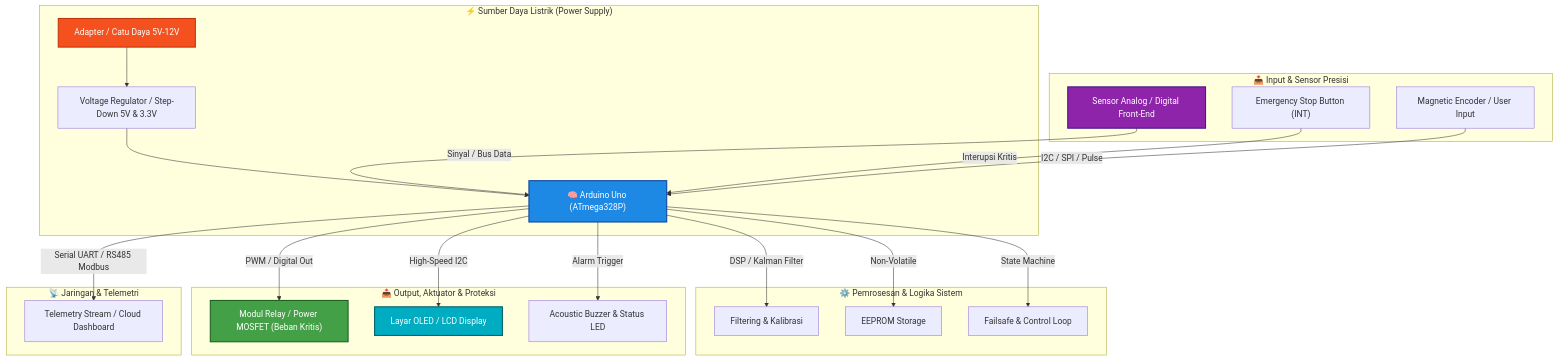
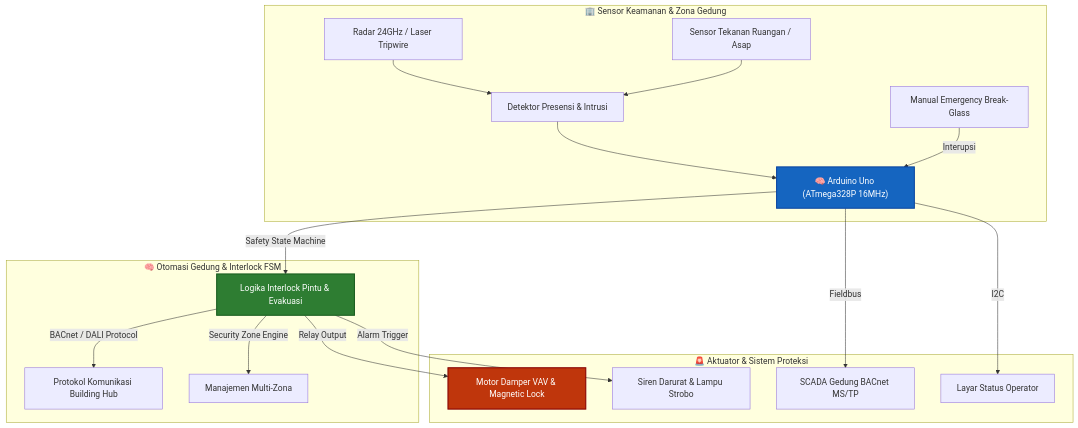
Before and after one commit to muhammadfikri-dev/arduino-uno-uhf-rfid-tollgate: the diagram in README.md, drawn with Mermaid. The commit also changed other lines of this file, not shown here.

Commit message:
docs: update unique domain-specific Mermaid architecture & tailored BOM for Smart Building & Security

````diff
--- a/README.md
+++ b/README.md
@@ -17,35 +17,26 @@
 ```mermaid
 graph TD
-    subgraph Power_Supply ["⚡ Sumber Daya Listrik (Power Supply)"]
-        PSU["Adapter / Catu Daya 5V-12V"] --> REG["Voltage Regulator / Step-Down 5V & 3.3V"]
-        REG --> MCU["🧠 Arduino Uno (ATmega328P)"]
+    subgraph Building_Field ["🏢 Sensor Keamanan & Zona Gedung"]
+        RADAR["Radar 24GHz / Laser Tripwire"] --> SENS_IN["Detektor Presensi & Intrusi"]
+        PRESSURE["Sensor Tekanan Ruangan / Asap"] --> SENS_IN
+        SENS_IN --> MCU["🧠 Arduino Uno (ATmega328P 16MHz)"]
+        ESTOP["Manual Emergency Break-Glass"] -->|"Interupsi"| MCU
     end
 
-    subgraph Inputs_Sensors ["📥 Input & Sensor Presisi"]
-        SENS["Sensor Analog / Digital Front-End"] -->|"Sinyal / Bus Data"| MCU
-        ESTOP["Emergency Stop Button (INT)"] -->|"Interupsi Kritis"| MCU
-        ENC["Magnetic Encoder / User Input"] -->|"I2C / SPI / Pulse"| MCU
+    subgraph BMS_Automation ["🧠 Otomasi Gedung & Interlock FSM"]
+        MCU -->|"Safety State Machine"| FSM["Logika Interlock Pintu & Evakuasi"]
+        FSM -->|"BACnet / DALI Protocol"| PROTO["Protokol Komunikasi Building Hub"]
+        FSM -->|"Security Zone Engine"| SEC["Manajemen Multi-Zona"]
     end
 
-    subgraph Controller_Core ["⚙️ Pemrosesan & Logika Sistem"]
-        MCU -->|"DSP / Kalman Filter"| DSP["Filtering & Kalibrasi"]
-        MCU -->|"Non-Volatile"| NVS["EEPROM Storage"]
-        MCU -->|"State Machine"| FSM["Failsafe & Control Loop"]
+    subgraph Actuation_Safety ["🚨 Aktuator & Sistem Proteksi"]
+        FSM -->|"Relay Output"| DAMPER["Motor Damper VAV & Magnetic Lock"]
+        FSM -->|"Alarm Trigger"| SIREN["Siren Darurat & Lampu Strobo"]
+        MCU -->|"Fieldbus"| SCADA_HUB["SCADA Gedung BACnet MS/TP"]
+        MCU -->|"I2C"| DISP["Layar Status Operator"]
     end
 
-    subgraph Outputs_Actuators ["📤 Output, Aktuator & Proteksi"]
-        MCU -->|"PWM / Digital Out"| RELAY["Modul Relay / Power MOSFET (Beban Kritis)"]
-        MCU -->|"High-Speed I2C"| DISP["Layar OLED / LCD Display"]
-        MCU -->|"Alarm Trigger"| BUZZ["Acoustic Buzzer & Status LED"]
-    end
-
-    subgraph Communication_Telemetry ["📡 Jaringan & Telemetri"]
-        MCU -->|"Serial UART / RS485 Modbus"| TELEM["Telemetry Stream / Cloud Dashboard"]
-    end
-
-    style MCU fill:#1e88e5,stroke:#0d47a1,stroke-width:2px,color:#ffffff
-    style PSU fill:#f4511e,stroke:#bf360c,stroke-width:2px,color:#ffffff
-    style RELAY fill:#43a047,stroke:#1b5e20,stroke-width:2px,color:#ffffff
-    style SENS fill:#8e24aa,stroke:#4a148c,stroke-width:2px,color:#ffffff
-    style DISP fill:#00acc1,stroke:#006064,stroke-width:2px,color:#ffffff
+    style MCU fill:#1565c0,stroke:#0d47a1,stroke-width:2px,color:#fff
+    style FSM fill:#2e7d32,stroke:#1b5e20,stroke-width:2px,color:#fff
+    style DAMPER fill:#bf360c,stroke:#870000,stroke-width:2px,color:#fff
 ```
````
